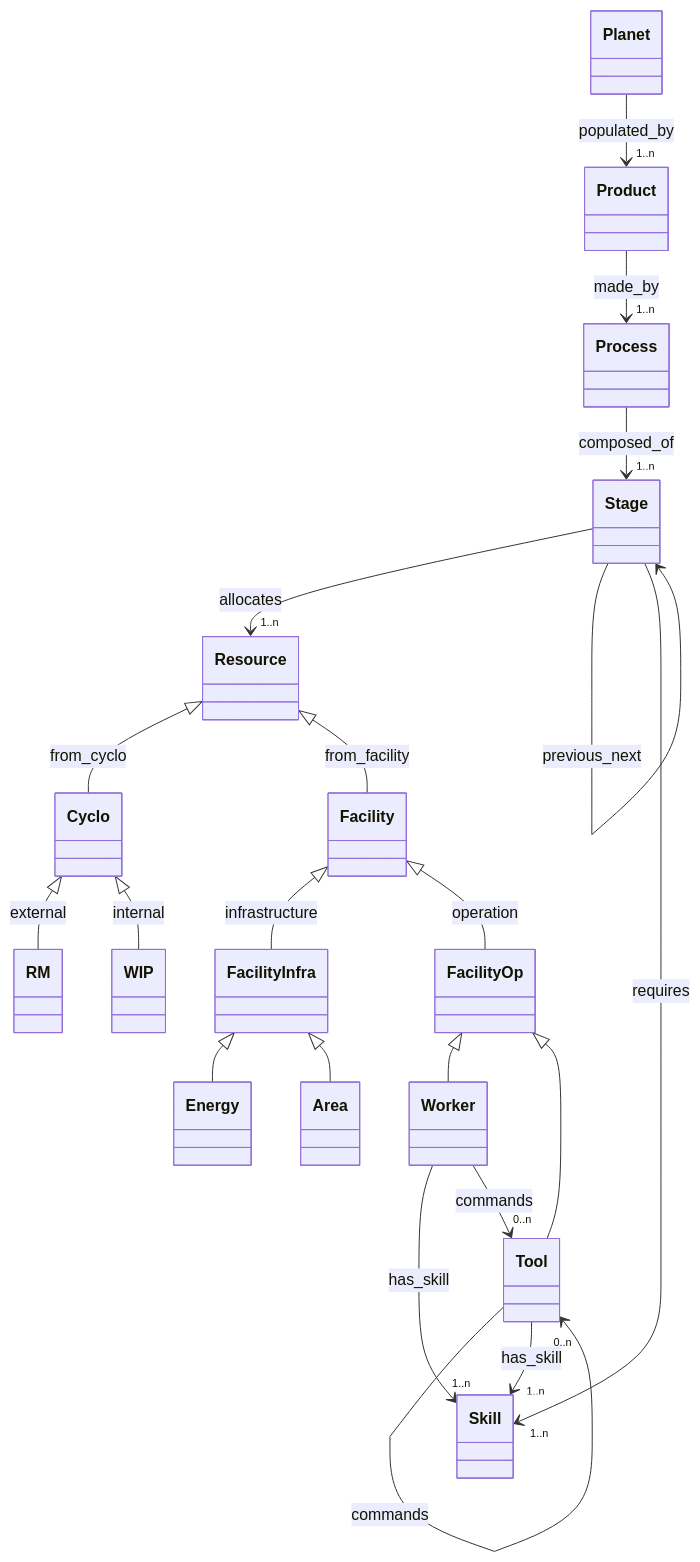
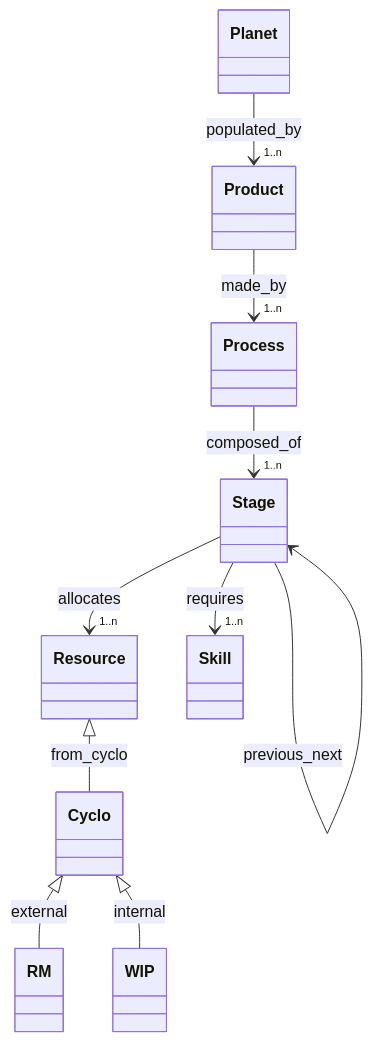
One commit to bampli/specs changed the diagram in content/docs/planet/_index.md. Above: the diagram before and after it, drawn with Mermaid. The commit also changed other lines of this file, not shown here.

Commit message:
rev Planet

```diff
--- a/content/docs/planet/_index.md
+++ b/content/docs/planet/_index.md
@@ -14,23 +11,12 @@
 {{< mermaid >}}
 classDiagram
     Planet --> "1..n" Product : populated_by
     Product --> "1..n" Process : made_by
     Process --> "1..n" Stage : composed_of
     Stage --> "1..n" Resource : allocates
     Stage --> Stage : previous_next
-    Worker --> "1..n" Skill : has_skill
-    Worker --> "0..n" Tool : commands
-    Tool --> "0..n" Tool : commands
-    Tool --> "1..n" Skill : has_skill
     Resource <|-- Cyclo : from_cyclo
     Cyclo <|-- RM : external
     Cyclo <|-- WIP : internal
-    Resource <|-- Facility : from_facility
-    Facility <|-- FacilityInfra : infrastructure
-    FacilityInfra <|-- Energy
-    FacilityInfra <|-- Area
-    Facility <|-- FacilityOp : operation
-    FacilityOp <|-- Worker
-    FacilityOp <|-- Tool
     Stage --> "1..n" Skill : requires
 {{< /mermaid >}}
```
